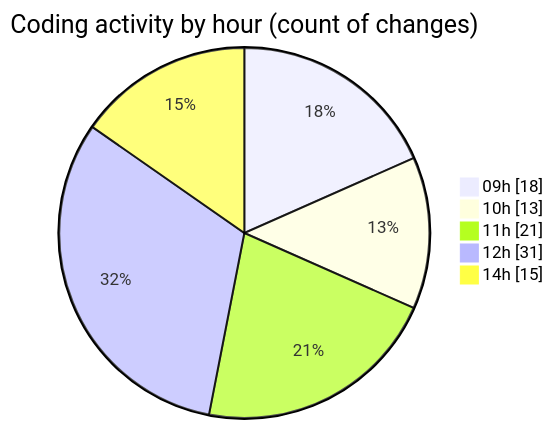
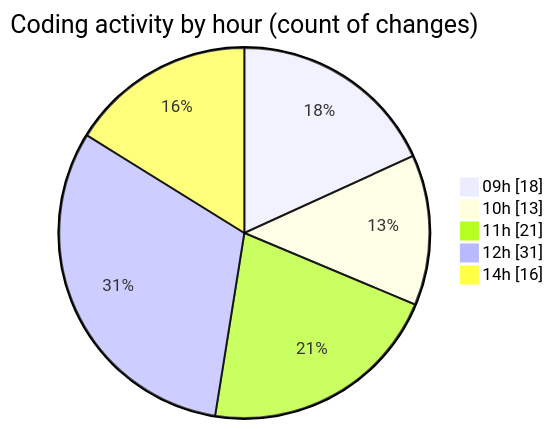
One commit to momahboobian/code-tracking changed the second of 2 diagrams in 2026-08-12/cda/README.md. Above: the diagram before and after it, drawn with Mermaid. The commit also changed other lines of this file and 1 other file, not shown here.

````diff
--- a/2026-08-12/cda/README.md
+++ b/2026-08-12/cda/README.md
@@ -60,9 +60,9 @@
 ```mermaid
 pie showData
 title Coding activity by hour (count of changes)
 "09h" : 18
 "10h" : 13
 "11h" : 21
 "12h" : 31
-"14h" : 15
+"14h" : 16
 ```
````
